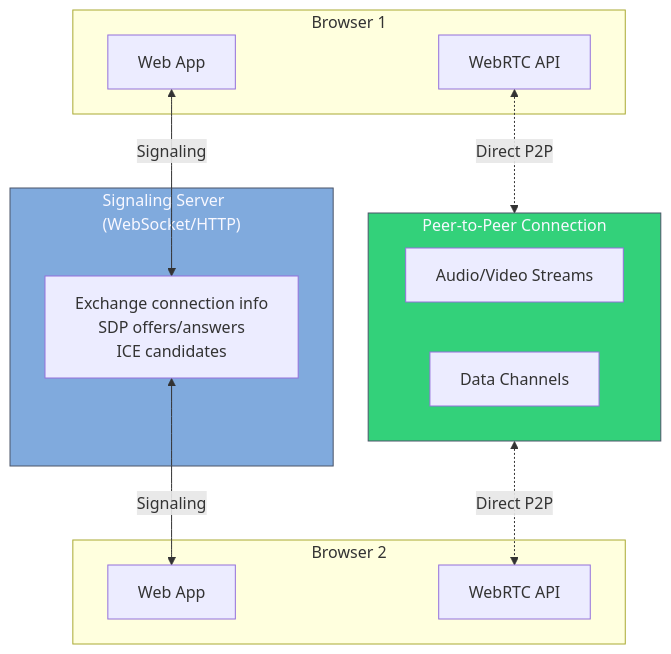
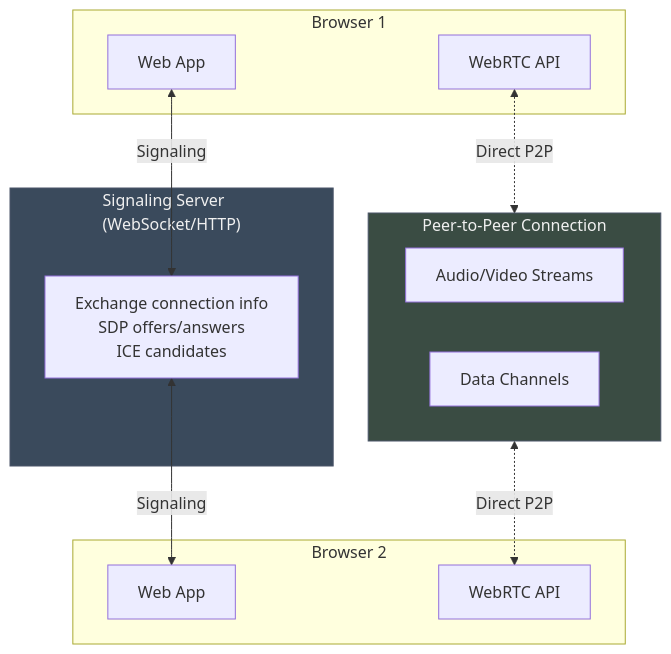
Diagram 12 of 24 in content/posts/api-communication-patterns-guide.md (blackwell-systems/blog), drawn with Mermaid before and after one commit. The commit also changed other lines of this file and 4 other files, not shown here.

```diff
--- a/content/posts/api-communication-patterns-guide.md
+++ b/content/posts/api-communication-patterns-guide.md
@@ -836,30 +836,30 @@
 {{< mermaid >}}
 flowchart TB
     subgraph browser1["Browser 1"]
         app1["Web App"]
         rtc1["WebRTC API"]
     end
 
     subgraph signaling["Signaling Server<br/>(WebSocket/HTTP)"]
         signal["Exchange connection info<br/>SDP offers/answers<br/>ICE candidates"]
     end
 
     subgraph browser2["Browser 2"]
         app2["Web App"]
         rtc2["WebRTC API"]
     end
 
     subgraph p2p["Peer-to-Peer Connection"]
         media["Audio/Video Streams"]
         data["Data Channels"]
     end
 
     app1 <-->|Signaling| signal
     signal <-->|Signaling| app2
 
     rtc1 <-.->|Direct P2P| p2p
     p2p <-.->|Direct P2P| rtc2
 
-    style signaling fill:#80AADD,stroke:#4a5568,color:#f8f8ff
-    style p2p fill:#33D17A,stroke:#4a5568,color:#f8f8ff
+    style signaling fill:#3A4A5C,stroke:#4a5568,color:#f0f0f0
+    style p2p fill:#3A4C43,stroke:#4a5568,color:#f0f0f0
 {{< /mermaid >}}
```
